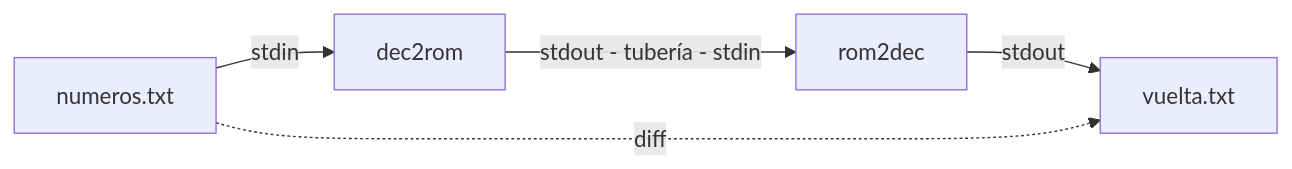
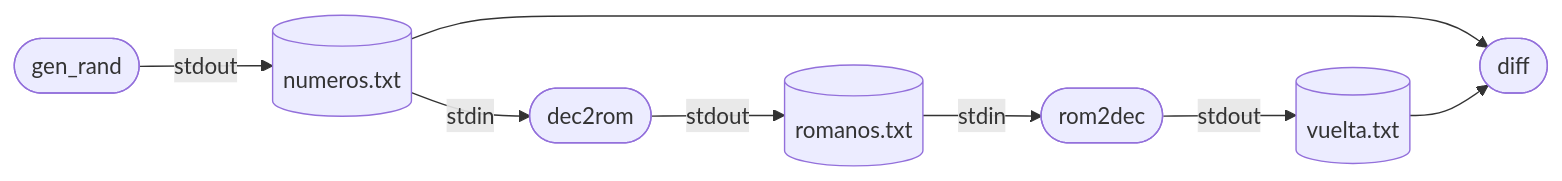
Before and after one commit to asiermarzo/ssoo: the diagram in PRACTICA/00-shell-y-herramientas/README.md, drawn with Mermaid. The commit also changed other lines of this file and 29 other files, not shown here.

````diff
--- a/PRACTICA/00-shell-y-herramientas/README.md
+++ b/PRACTICA/00-shell-y-herramientas/README.md
@@ -321,7 +327,10 @@
 ```mermaid
 flowchart LR
-    A[numeros.txt] -->|stdin| B[dec2rom]
-    B -->|stdout - tubería - stdin| C[rom2dec]
-    C -->|stdout| D[vuelta.txt]
-    A -.->|diff| D
+    G([gen_rand]) -->|stdout| A[(numeros.txt)]
+    A -->|stdin| B([dec2rom])
+    B -->|stdout| R[(romanos.txt)]
+    R -->|stdin| C([rom2dec])
+    C -->|stdout| D[(vuelta.txt)]
+    A --> E([diff])
+    D --> E
 ```
````
